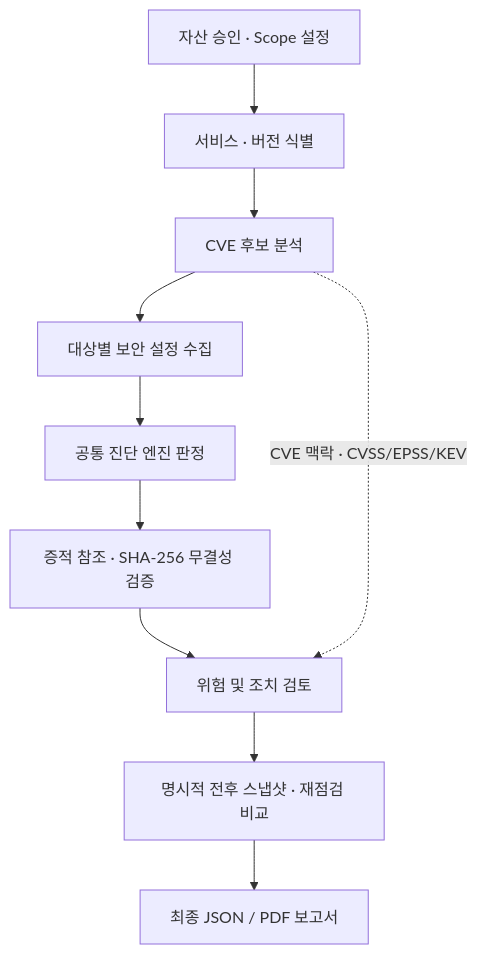
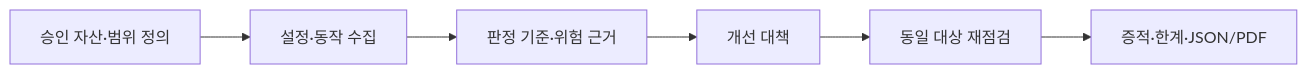
The diagram in README.md (LEESJ7934/infrastructure-security-scanner), drawn with Mermaid before and after one commit. The commit also changed other lines of this file and 4 other files, not shown here.

````diff
--- a/README.md
+++ b/README.md
@@ -13,12 +17,8 @@
 ```mermaid
-flowchart TD
-    A["자산 승인 · Scope 설정"] --> B["서비스 · 버전 식별"]
-    B --> C["CVE 후보 분석"]
-    C --> D["대상별 보안 설정 수집"]
-    D --> E["공통 진단 엔진 판정"]
-    E --> F["증적 참조 · SHA-256 무결성 검증"]
-    F --> G["위험 및 조치 검토"]
-    C -. "CVE 맥락 · CVSS/EPSS/KEV" .-> G
-    G --> H["명시적 전후 스냅샷 · 재점검 비교"]
-    H --> I["최종 JSON / PDF 보고서"]
+flowchart LR
+    A["승인 자산·범위 정의"] --> B["설정·동작 수집"]
+    B --> C["판정 기준·위험 근거"]
+    C --> D["개선 대책"]
+    D --> E["동일 대상 재점검"]
+    E --> F["증적·한계·JSON/PDF"]
 ```
````
